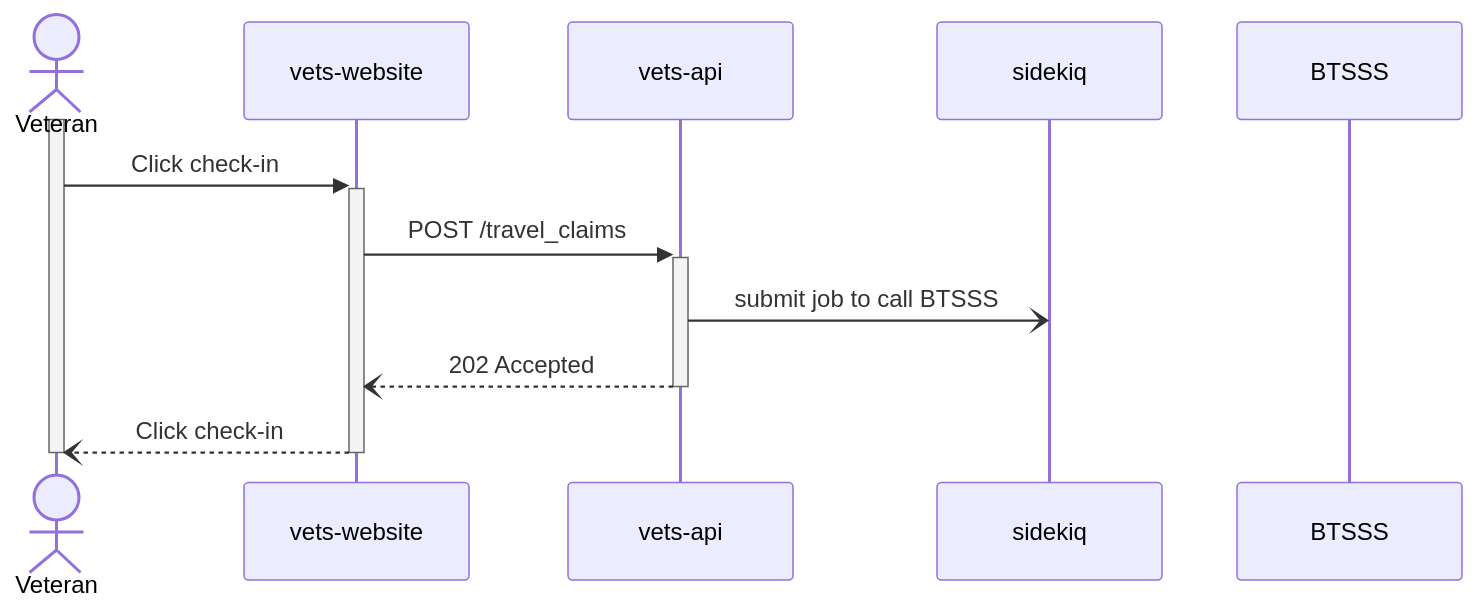
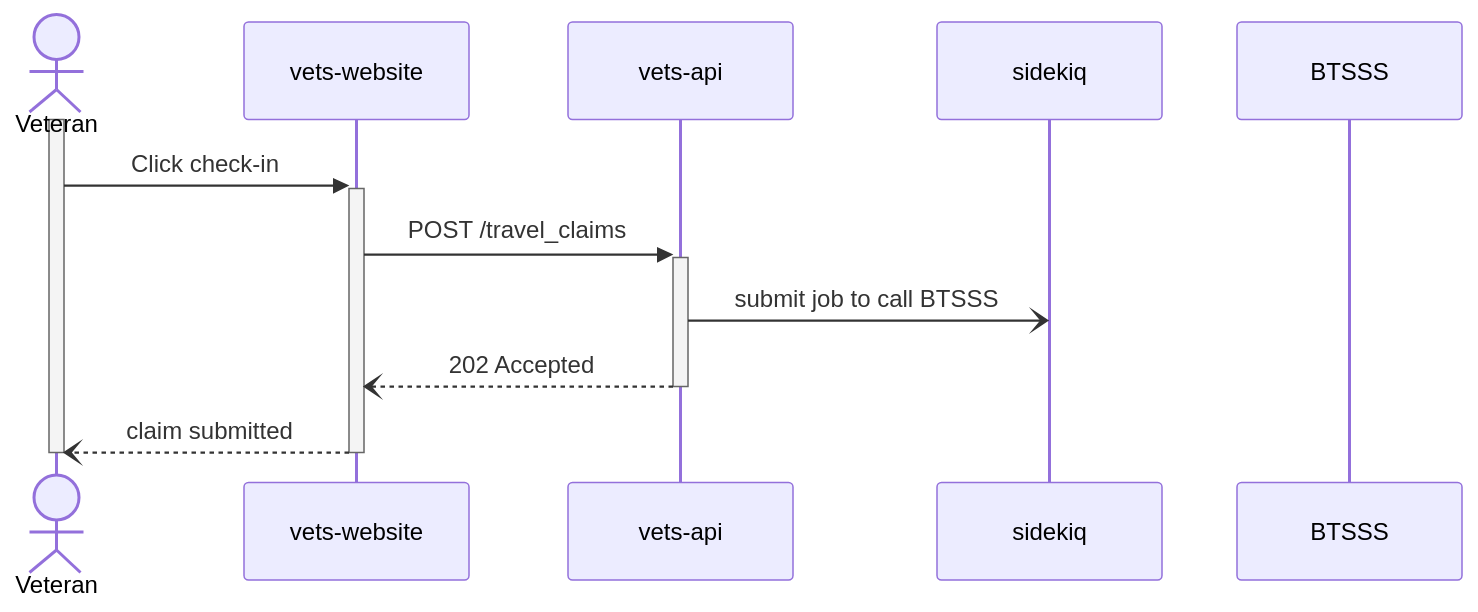
One commit to department-of-veterans-affairs/va.gov-team changed the sixth of 6 diagrams in products/health-care/checkin/engineering/architecture-diagrams/sequenceDiagram_checkInExp.md. Above: the diagram before and after it, drawn with Mermaid.

````diff
--- a/products/health-care/checkin/engineering/architecture-diagrams/sequenceDiagram_checkInExp.md
+++ b/products/health-care/checkin/engineering/architecture-diagrams/sequenceDiagram_checkInExp.md
@@ -398,16 +398,16 @@
 ```mermaid
 sequenceDiagram
     actor vet as Veteran
     participant web as vets-website
     participant api as vets-api
     participant sidekiq as sidekiq
     participant btsss as BTSSS
 
     activate vet
     vet->>+web: Click check-in
     web->>+api: POST /travel_claims
     api-)sidekiq: submit job to call BTSSS
     api--)-web: 202 Accepted
-    web--)-vet: Click check-in
+    web--)-vet: claim submitted
     deactivate vet
 ```
````
